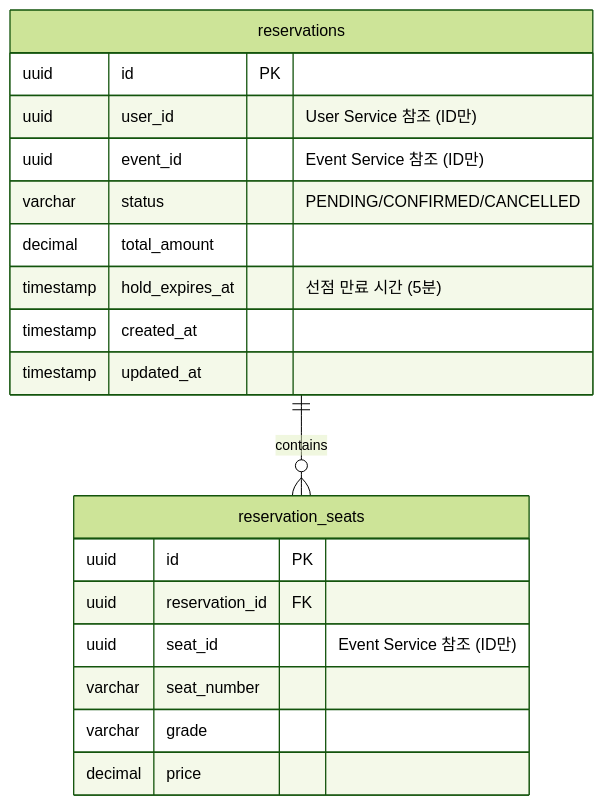
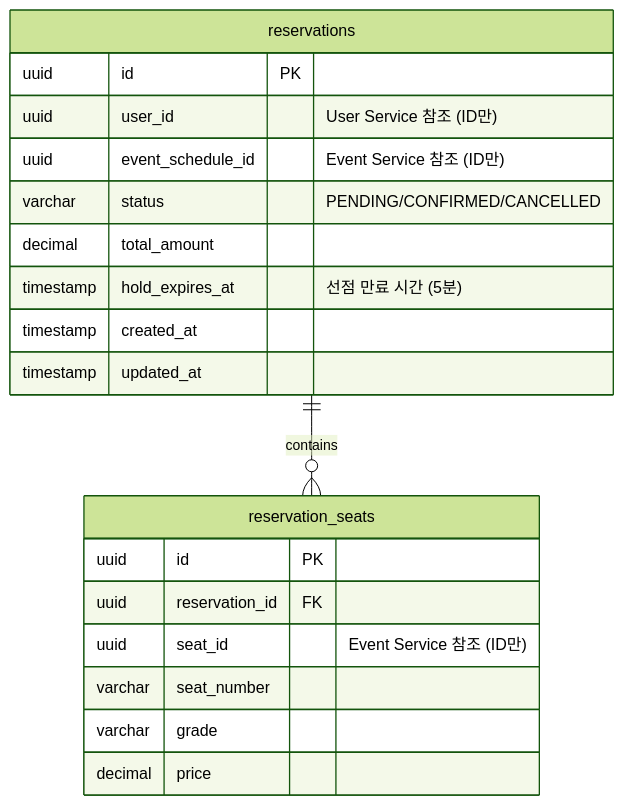
Before and after one commit to paircoders/ticket-queue: the third of 5 diagrams in docs/architecture/04_data.md, drawn with Mermaid (forest theme). The commit also changed other lines of this file and 2 other files, not shown here.

First line of the commit message:
docs: User, Event 스키마 수정

````diff
--- a/docs/architecture/04_data.md
+++ b/docs/architecture/04_data.md
@@ -619,24 +629,24 @@
 ```mermaid
 erDiagram
     reservations ||--o{ reservation_seats : contains
 
     reservations {
         uuid id PK
         uuid user_id "User Service 참조 (ID만)"
-        uuid event_id "Event Service 참조 (ID만)"
+        uuid event_schedule_id "Event Service 참조 (ID만)"
         varchar status "PENDING/CONFIRMED/CANCELLED"
         decimal total_amount
         timestamp hold_expires_at "선점 만료 시간 (5분)"
         timestamp created_at
         timestamp updated_at
     }
 
     reservation_seats {
         uuid id PK
         uuid reservation_id FK
         uuid seat_id "Event Service 참조 (ID만)"
         varchar seat_number
         varchar grade
         decimal price
     }
 ```
````
